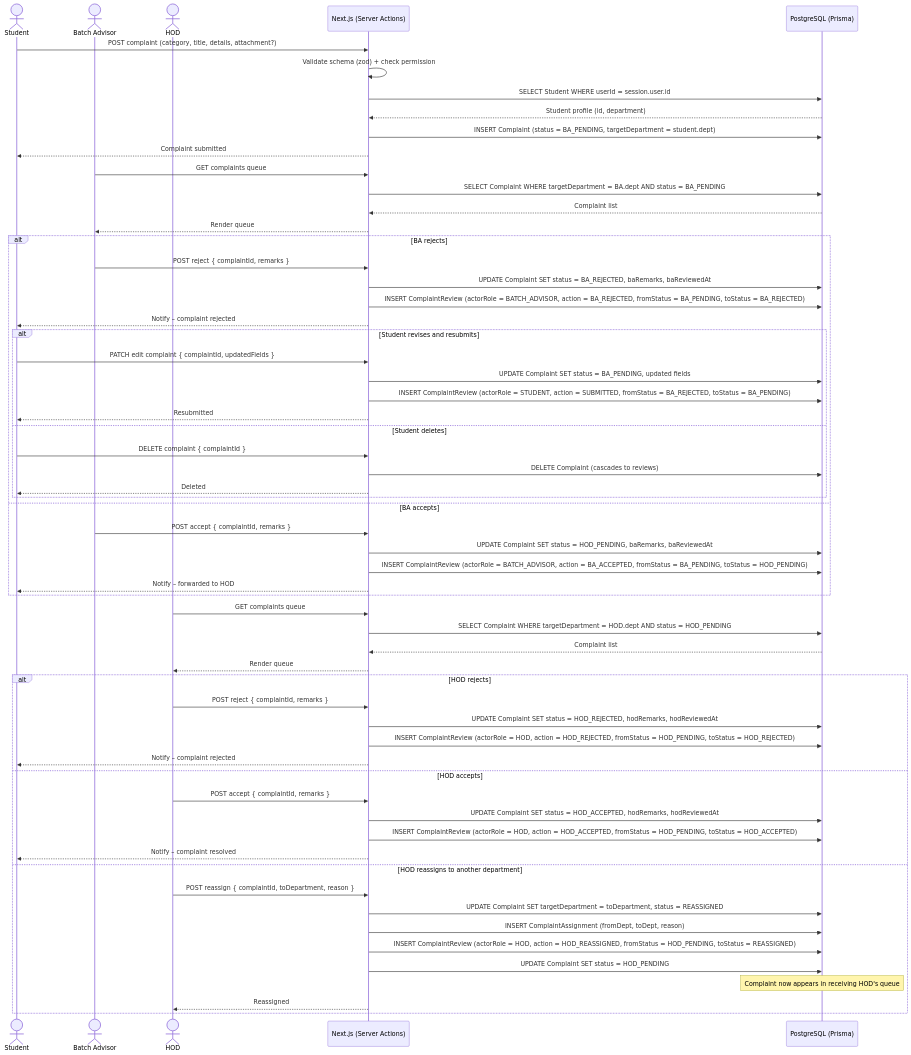
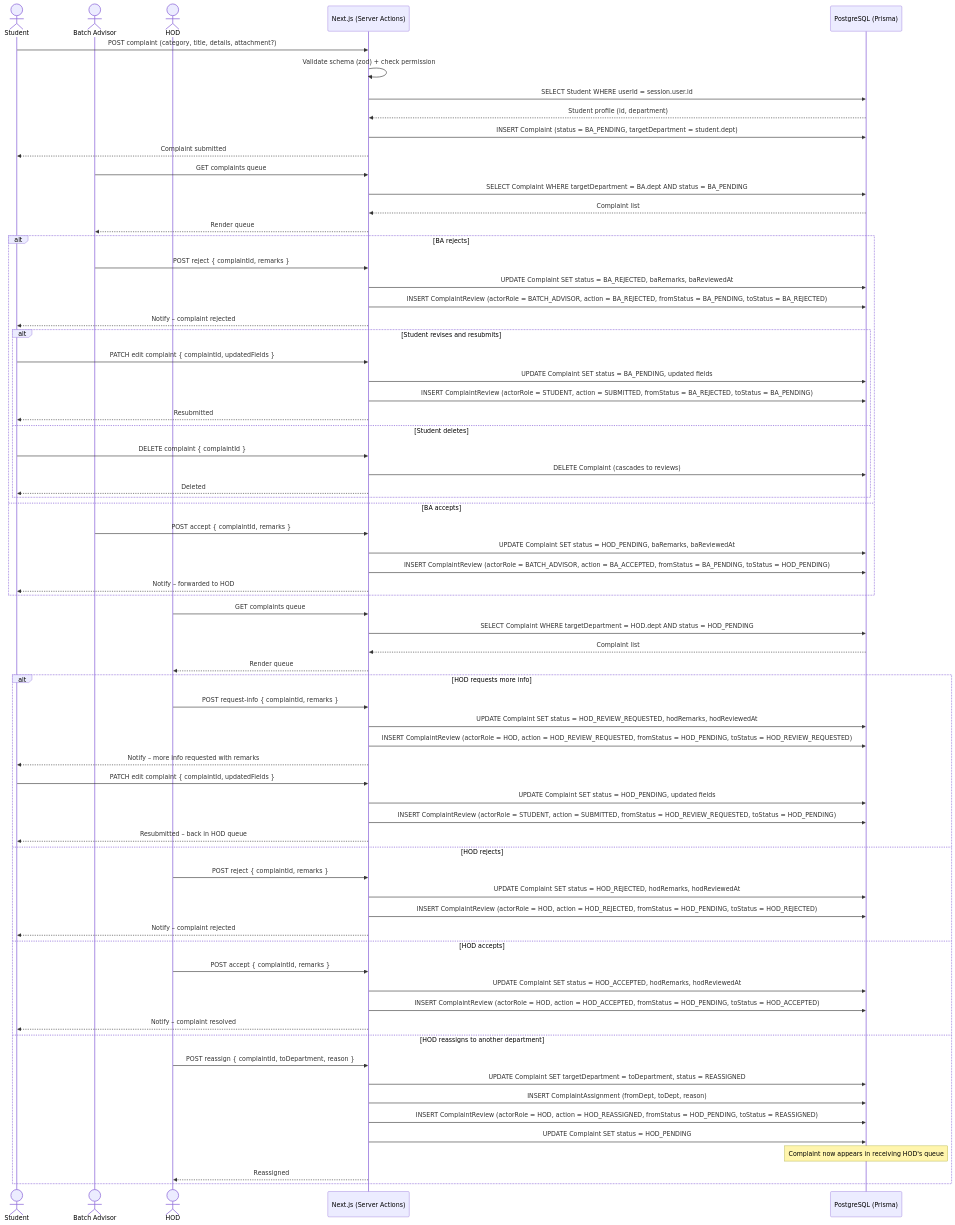
Before and after one commit to Ali1raz/portal-cui: the fourth of 5 diagrams in docs/05-sequence-diagrams.md, drawn with Mermaid. The commit also changed other lines of this file and 6 other files, not shown here.

Commit message:
docs: enhance leave request and complaint workflows with review requests

````diff
--- a/docs/05-sequence-diagrams.md
+++ b/docs/05-sequence-diagrams.md
@@ -189,67 +197,76 @@
 ```mermaid
 sequenceDiagram
     actor Student
     actor BA as Batch Advisor
     actor HOD
     participant Portal as Next.js (Server Actions)
     participant DB as PostgreSQL (Prisma)
 
     Student->>Portal: POST complaint (category, title, details, attachment?)
     Portal->>Portal: Validate schema (zod) + check permission
     Portal->>DB: SELECT Student WHERE userId = session.user.id
     DB-->>Portal: Student profile (id, department)
     Portal->>DB: INSERT Complaint (status = BA_PENDING, targetDepartment = student.dept)
     Portal-->>Student: Complaint submitted
 
     BA->>Portal: GET complaints queue
     Portal->>DB: SELECT Complaint WHERE targetDepartment = BA.dept AND status = BA_PENDING
     DB-->>Portal: Complaint list
     Portal-->>BA: Render queue
 
     alt BA rejects
         BA->>Portal: POST reject { complaintId, remarks }
         Portal->>DB: UPDATE Complaint SET status = BA_REJECTED, baRemarks, baReviewedAt
         Portal->>DB: INSERT ComplaintReview (actorRole = BATCH_ADVISOR, action = BA_REJECTED, fromStatus = BA_PENDING, toStatus = BA_REJECTED)
         Portal-->>Student: Notify – complaint rejected
         alt Student revises and resubmits
             Student->>Portal: PATCH edit complaint { complaintId, updatedFields }
             Portal->>DB: UPDATE Complaint SET status = BA_PENDING, updated fields
             Portal->>DB: INSERT ComplaintReview (actorRole = STUDENT, action = SUBMITTED, fromStatus = BA_REJECTED, toStatus = BA_PENDING)
             Portal-->>Student: Resubmitted
         else Student deletes
             Student->>Portal: DELETE complaint { complaintId }
             Portal->>DB: DELETE Complaint (cascades to reviews)
             Portal-->>Student: Deleted
         end
     else BA accepts
         BA->>Portal: POST accept { complaintId, remarks }
         Portal->>DB: UPDATE Complaint SET status = HOD_PENDING, baRemarks, baReviewedAt
         Portal->>DB: INSERT ComplaintReview (actorRole = BATCH_ADVISOR, action = BA_ACCEPTED, fromStatus = BA_PENDING, toStatus = HOD_PENDING)
         Portal-->>Student: Notify – forwarded to HOD
     end
 
     HOD->>Portal: GET complaints queue
     Portal->>DB: SELECT Complaint WHERE targetDepartment = HOD.dept AND status = HOD_PENDING
     DB-->>Portal: Complaint list
     Portal-->>HOD: Render queue
 
-    alt HOD rejects
+    alt HOD requests more info
+        HOD->>Portal: POST request-info { complaintId, remarks }
+        Portal->>DB: UPDATE Complaint SET status = HOD_REVIEW_REQUESTED, hodRemarks, hodReviewedAt
+        Portal->>DB: INSERT ComplaintReview (actorRole = HOD, action = HOD_REVIEW_REQUESTED, fromStatus = HOD_PENDING, toStatus = HOD_REVIEW_REQUESTED)
+        Portal-->>Student: Notify – more info requested with remarks
+        Student->>Portal: PATCH edit complaint { complaintId, updatedFields }
+        Portal->>DB: UPDATE Complaint SET status = HOD_PENDING, updated fields
+        Portal->>DB: INSERT ComplaintReview (actorRole = STUDENT, action = SUBMITTED, fromStatus = HOD_REVIEW_REQUESTED, toStatus = HOD_PENDING)
+        Portal-->>Student: Resubmitted – back in HOD queue
+    else HOD rejects
         HOD->>Portal: POST reject { complaintId, remarks }
         Portal->>DB: UPDATE Complaint SET status = HOD_REJECTED, hodRemarks, hodReviewedAt
         Portal->>DB: INSERT ComplaintReview (actorRole = HOD, action = HOD_REJECTED, fromStatus = HOD_PENDING, toStatus = HOD_REJECTED)
         Portal-->>Student: Notify – complaint rejected
     else HOD accepts
         HOD->>Portal: POST accept { complaintId, remarks }
         Portal->>DB: UPDATE Complaint SET status = HOD_ACCEPTED, hodRemarks, hodReviewedAt
         Portal->>DB: INSERT ComplaintReview (actorRole = HOD, action = HOD_ACCEPTED, fromStatus = HOD_PENDING, toStatus = HOD_ACCEPTED)
         Portal-->>Student: Notify – complaint resolved
     else HOD reassigns to another department
         HOD->>Portal: POST reassign { complaintId, toDepartment, reason }
         Portal->>DB: UPDATE Complaint SET targetDepartment = toDepartment, status = REASSIGNED
         Portal->>DB: INSERT ComplaintAssignment (fromDept, toDept, reason)
         Portal->>DB: INSERT ComplaintReview (actorRole = HOD, action = HOD_REASSIGNED, fromStatus = HOD_PENDING, toStatus = REASSIGNED)
         Portal->>DB: UPDATE Complaint SET status = HOD_PENDING
         Note over DB: Complaint now appears in receiving HOD's queue
         Portal-->>HOD: Reassigned
     end
 ```
````
